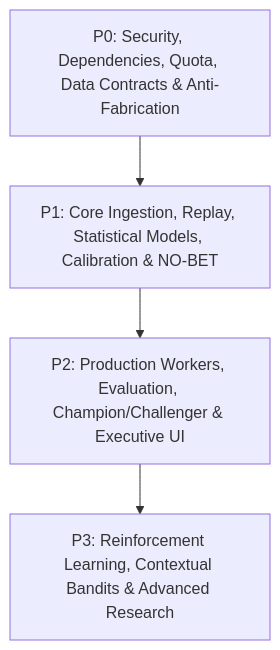
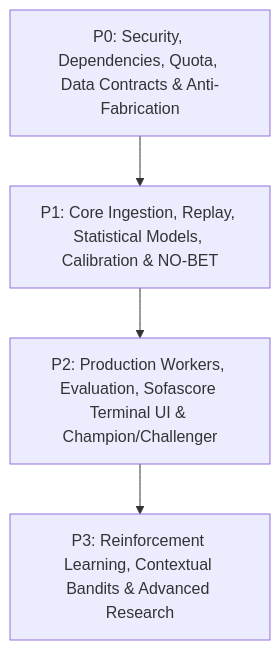
The first of 3 diagrams in docs/MASTER_DEVELOPMENT_PLAN.md (kara-india/football-prediction), drawn with Mermaid before and after one commit. The commit also changed other lines of this file and 4 other files, not shown here.

Commit message:
docs: incorporate Sofascore UX and information architecture into master development plan

````diff
--- a/docs/MASTER_DEVELOPMENT_PLAN.md
+++ b/docs/MASTER_DEVELOPMENT_PLAN.md
@@ -83,6 +84,6 @@
 ```mermaid
 graph TD
     P0["P0: Security, Dependencies, Quota, Data Contracts & Anti-Fabrication"] --> P1["P1: Core Ingestion, Replay, Statistical Models, Calibration & NO-BET"]
-    P1 --> P2["P2: Production Workers, Evaluation, Champion/Challenger & Executive UI"]
+    P1 --> P2["P2: Production Workers, Evaluation, Sofascore Terminal UI & Champion/Challenger"]
     P2 --> P3["P3: Reinforcement Learning, Contextual Bandits & Advanced Research"]
 ```
````
